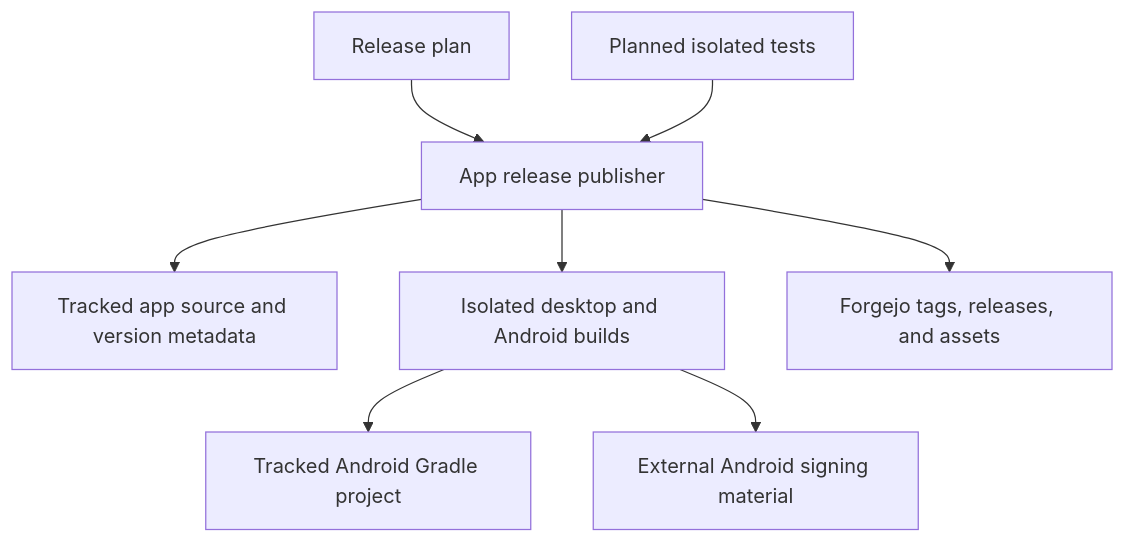
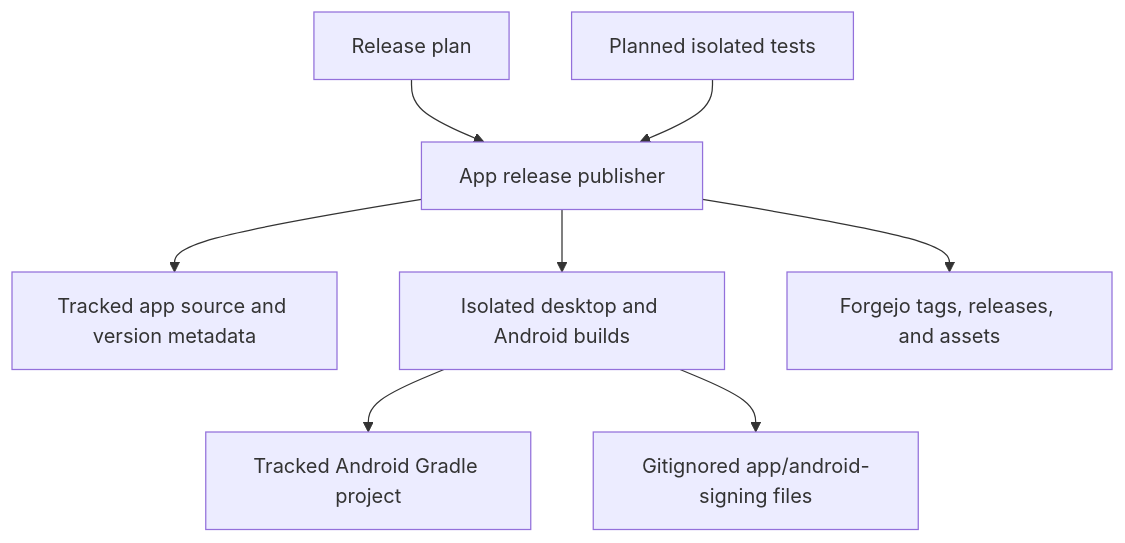
One commit to unskilled0218/ntr changed the diagram in tasks/32-align-app-release-process/3-plan-review.md. Above: the diagram before and after it, drawn with Mermaid. The commit also changed other lines of this file and 1 other file, not shown here.

Commit message:
Review APK-only release and local signing plan

````diff
--- a/tasks/32-align-app-release-process/3-plan-review.md
+++ b/tasks/32-align-app-release-process/3-plan-review.md
@@ -26,10 +30,10 @@
 ```mermaid
 graph TD
   Plan[Release plan] --> Publisher[App release publisher]
   Publisher --> Source[Tracked app source and version metadata]
   Publisher --> Build[Isolated desktop and Android builds]
   Build --> Android[Tracked Android Gradle project]
-  Build --> Signing[External Android signing material]
+  Build --> Signing[Gitignored app/android-signing files]
   Publisher --> Forgejo[Forgejo tags, releases, and assets]
   Tests[Planned isolated tests] --> Publisher
 ```
````
